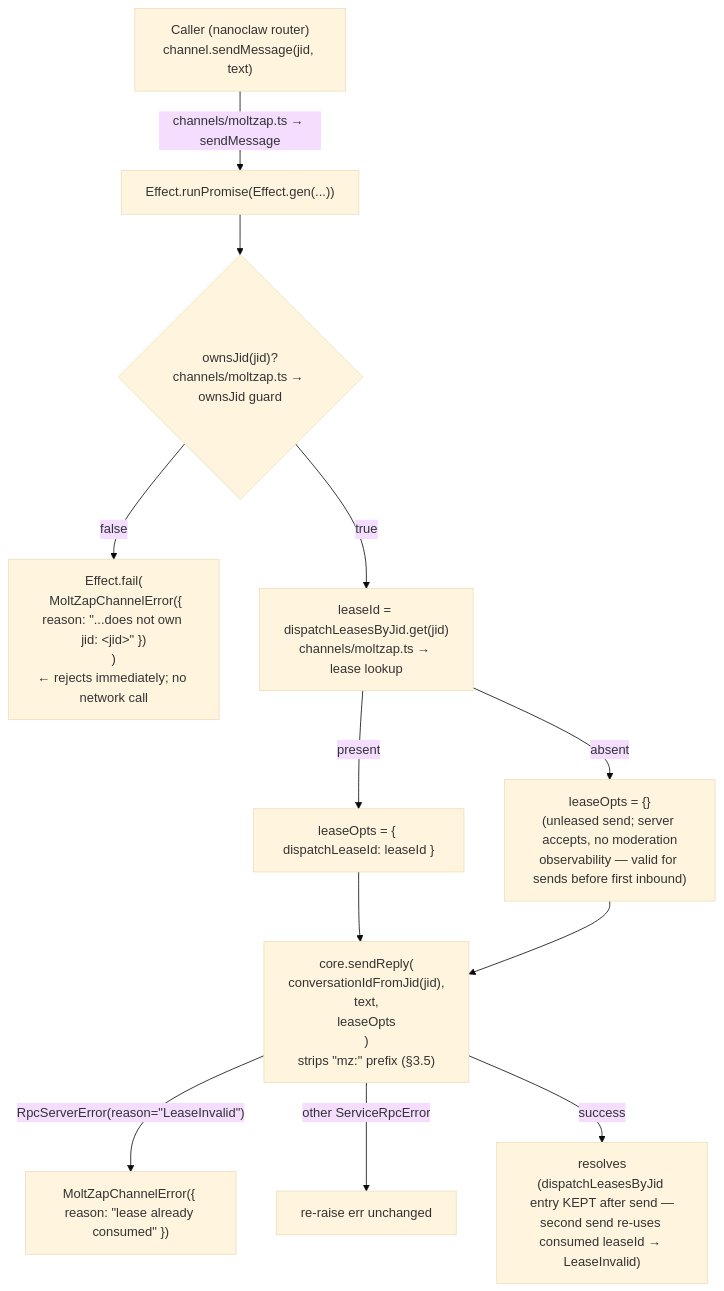
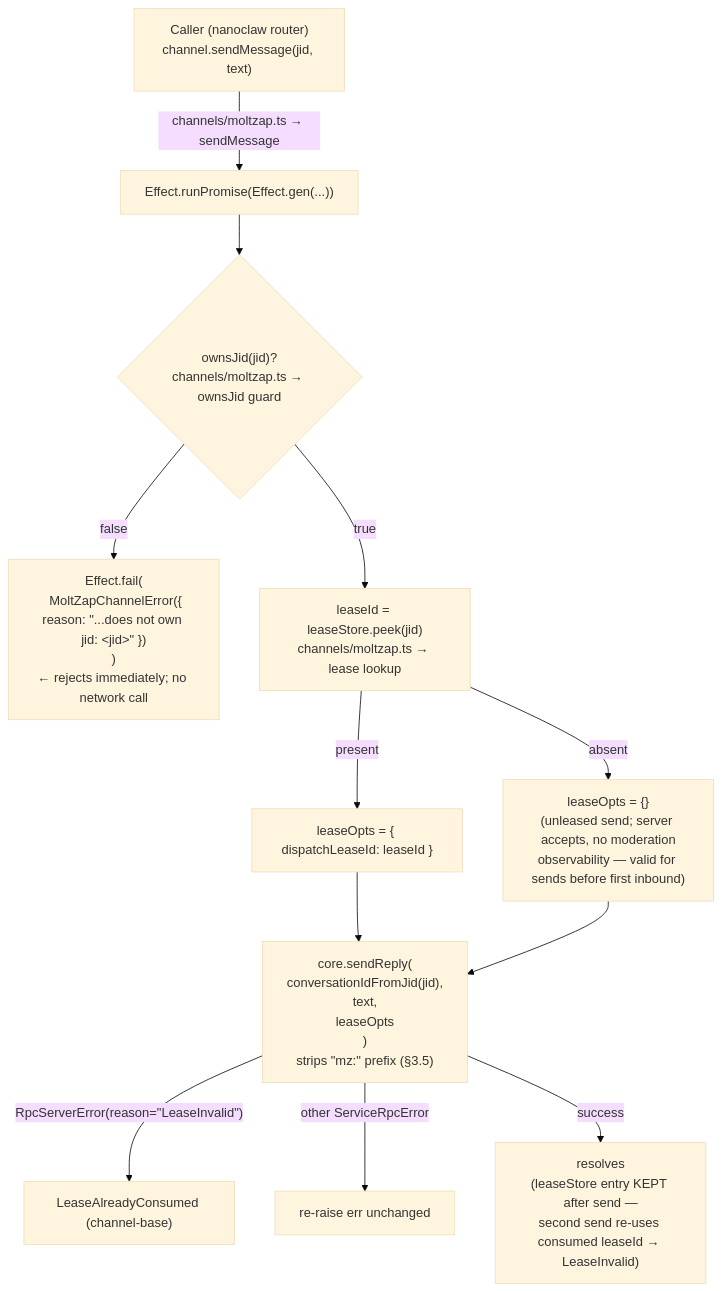
The diagram in packages/nanoclaw-channel/docs/architecture/04-outbound-send-message.md (chughtapan/moltzap), drawn with Mermaid (base theme) before and after one commit. The commit also changed other lines of this file and 11 other files, not shown here.

First line of the commit message:
docs(C): update channel architecture docs for channel-base extraction

````diff
--- a/packages/nanoclaw-channel/docs/architecture/04-outbound-send-message.md
+++ b/packages/nanoclaw-channel/docs/architecture/04-outbound-send-message.md
@@ -9,19 +9,19 @@
 ```mermaid
 flowchart TD
     A["Caller (nanoclaw router)<br>channel.sendMessage(jid, text)"]
     A -->|"channels/moltzap.ts → sendMessage"| B["Effect.runPromise(Effect.gen(...))"]
 
     B --> C{"ownsJid(jid)?<br>channels/moltzap.ts → ownsJid guard"}
     C -->|"false"| D["Effect.fail(<br>  MoltZapChannelError({ reason: &quot;...does not own jid: &lt;jid&gt;&quot; })<br>)<br>← rejects immediately; no network call"]
-    C -->|"true"| E["leaseId = dispatchLeasesByJid.get(jid)<br>channels/moltzap.ts → lease lookup"]
+    C -->|"true"| E["leaseId = leaseStore.peek(jid)<br>channels/moltzap.ts → lease lookup"]
 
     E -->|"present"| F["leaseOpts = { dispatchLeaseId: leaseId }"]
     E -->|"absent"| G["leaseOpts = {}<br>(unleased send; server accepts, no moderation<br>observability — valid for sends before first inbound)"]
 
     F --> H["core.sendReply(<br>  conversationIdFromJid(jid),<br>  text,<br>  leaseOpts<br>)<br>strips &quot;mz:&quot; prefix (§3.5)"]
     G --> H
 
-    H -->|"RpcServerError(reason=&quot;LeaseInvalid&quot;)"| I["MoltZapChannelError({ reason: &quot;lease already consumed&quot; })"]
+    H -->|"RpcServerError(reason=&quot;LeaseInvalid&quot;)"| I["LeaseAlreadyConsumed (channel-base)"]
     H -->|"other ServiceRpcError"| J["re-raise err unchanged"]
-    H -->|"success"| K["resolves<br>(dispatchLeasesByJid entry KEPT after send —<br>second send re-uses consumed leaseId → LeaseInvalid)"]
+    H -->|"success"| K["resolves<br>(leaseStore entry KEPT after send —<br>second send re-uses consumed leaseId → LeaseInvalid)"]
 ```
````
